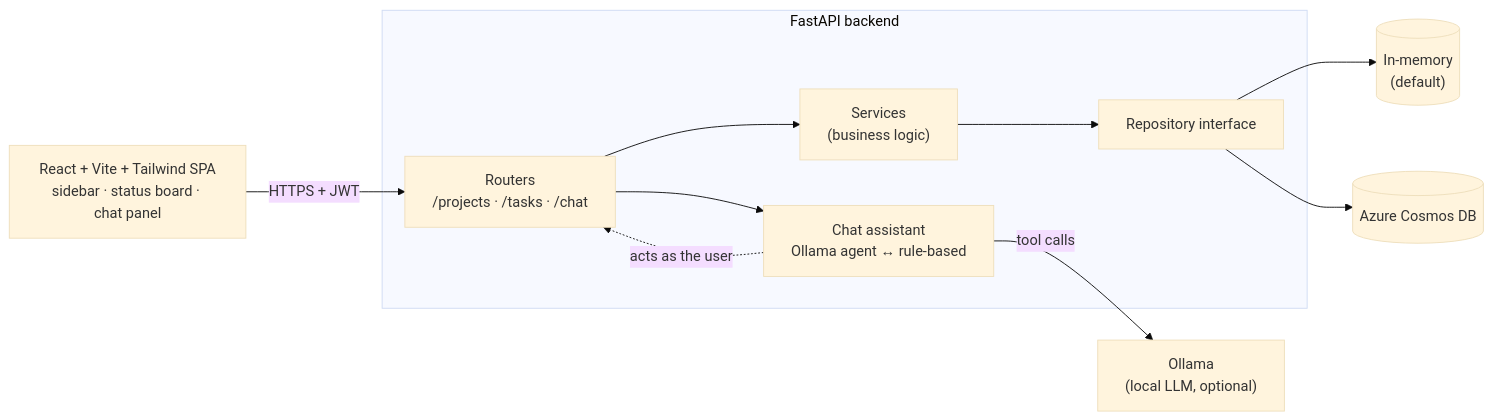
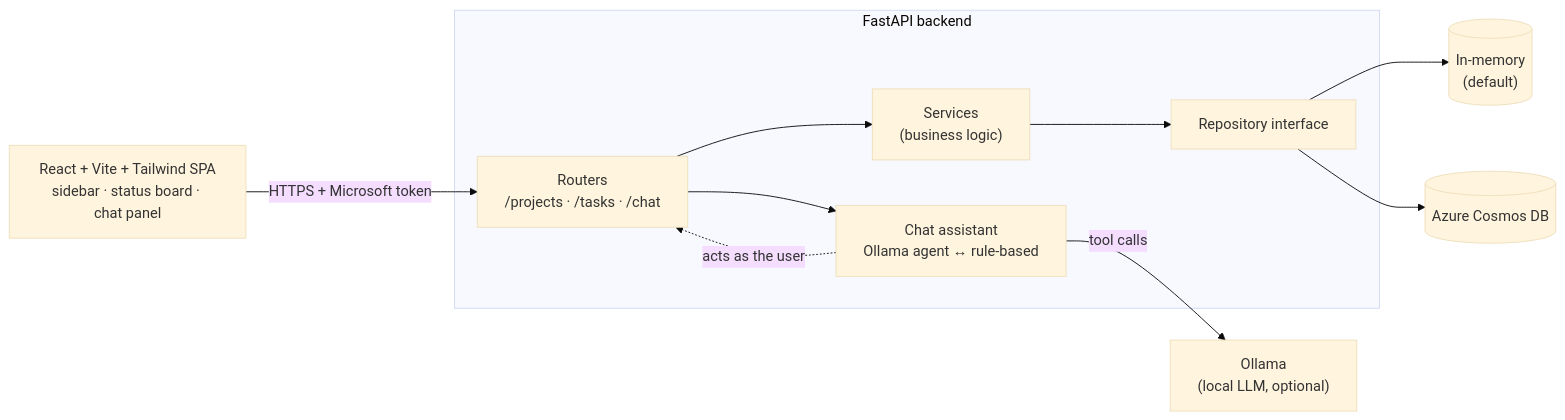
Before and after one commit to nikredhil/fastapi-cosmos-api: the diagram in README.md, drawn with Mermaid (base theme). The commit also changed other lines of this file and 48 other files, not shown here.

````diff
--- a/README.md
+++ b/README.md
@@ -20,21 +20,21 @@
 ```mermaid
 flowchart LR
     UI["React + Vite + Tailwind SPA<br/>sidebar · status board · chat panel"]
     subgraph API["FastAPI backend"]
         R["Routers<br/>/projects · /tasks · /chat"]
         S["Services<br/>(business logic)"]
         Repo["Repository interface"]
         Chat["Chat assistant<br/>Ollama agent ↔ rule-based"]
         R --> S --> Repo
         R --> Chat
         Chat -. "acts as the user" .-> R
     end
     Mem[("In-memory<br/>(default)")]
     Cosmos[("Azure Cosmos DB")]
     Ollama["Ollama<br/>(local LLM, optional)"]
 
-    UI -->|"HTTPS + JWT"| R
+    UI -->|"HTTPS + Microsoft token"| R
     Repo --> Mem
     Repo --> Cosmos
     Chat -->|"tool calls"| Ollama
 ```
````
